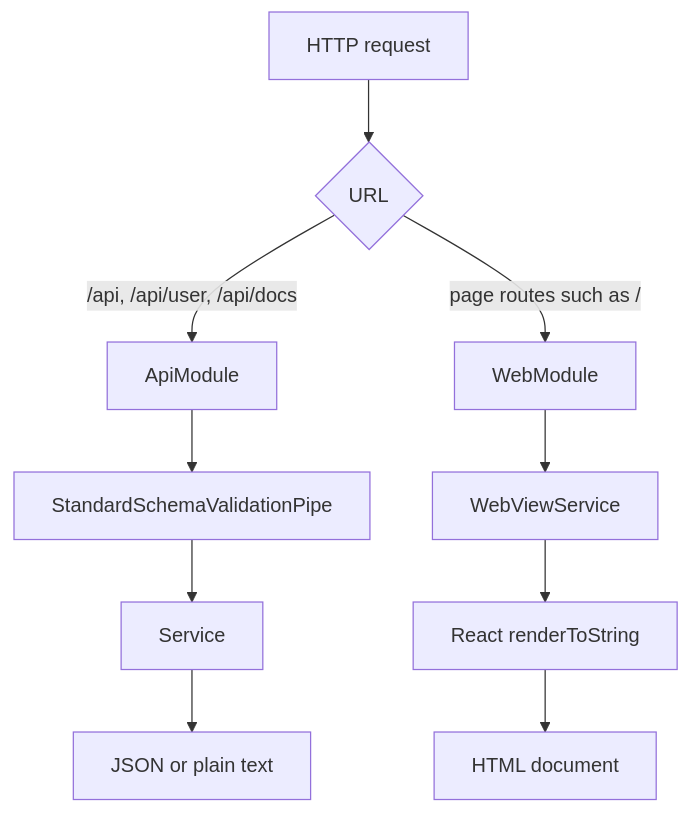
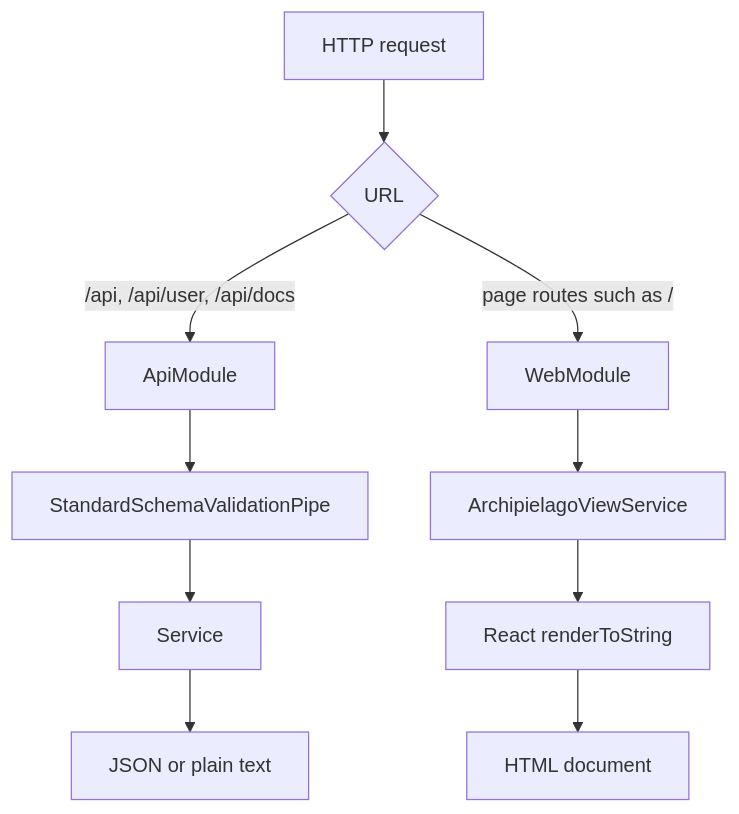
Before and after one commit to isaaclfelix/sample-nestjs-project: the first of 6 diagrams in docs/architecture.md, drawn with Mermaid. The commit also changed other lines of this file and 205 other files, not shown here.

````diff
--- a/docs/architecture.md
+++ b/docs/architecture.md
@@ -9,13 +9,13 @@
 ```mermaid
 flowchart TD
   req[HTTP request]
   req --> path{URL}
   path -->|"/api, /api/user, /api/docs"| api[ApiModule]
   path -->|"page routes such as /"| web[WebModule]
   api --> pipe[StandardSchemaValidationPipe]
   pipe --> svc[Service]
   svc --> json[JSON or plain text]
-  web --> view[WebViewService]
+  web --> view[ArchipielagoViewService]
   view --> ssr[React renderToString]
   ssr --> html[HTML document]
 ```
````
